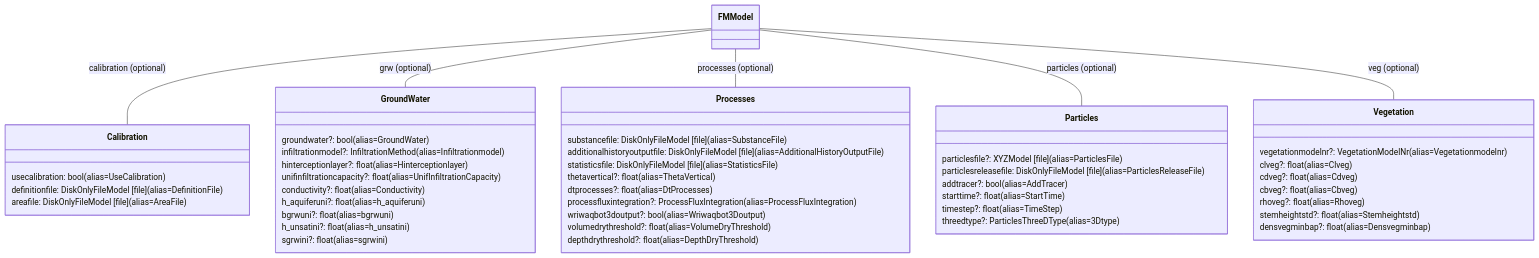
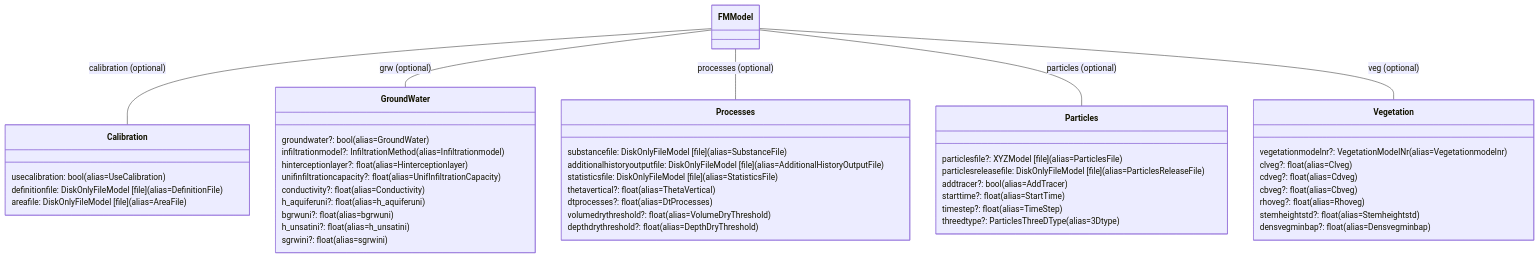
The fifth of 8 diagrams in docs/reference/dflowfm/mdu/fm-model-attributes-detailed.md (Deltares/HYDROLIB-core), drawn with Mermaid before and after one commit. The commit also changed other lines of this file and 40 other files, not shown here.

````diff
--- a/docs/reference/dflowfm/mdu/fm-model-attributes-detailed.md
+++ b/docs/reference/dflowfm/mdu/fm-model-attributes-detailed.md
@@ -346,61 +342,59 @@
 ```mermaid
 classDiagram
     direction TB
 
     class Calibration {
       usecalibration: bool (alias=UseCalibration)
       definitionfile: DiskOnlyFileModel [file] (alias=DefinitionFile)
       areafile: DiskOnlyFileModel [file] (alias=AreaFile)
     }
 
     class GroundWater {
       groundwater?: bool (alias=GroundWater)
       infiltrationmodel?: InfiltrationMethod (alias=Infiltrationmodel)
       hinterceptionlayer?: float (alias=Hinterceptionlayer)
       unifinfiltrationcapacity?: float (alias=UnifInfiltrationCapacity)
       conductivity?: float (alias=Conductivity)
       h_aquiferuni?: float (alias=h_aquiferuni)
       bgrwuni?: float (alias=bgrwuni)
       h_unsatini?: float (alias=h_unsatini)
       sgrwini?: float (alias=sgrwini)
     }
 
     class Processes {
       substancefile: DiskOnlyFileModel [file] (alias=SubstanceFile)
       additionalhistoryoutputfile: DiskOnlyFileModel [file] (alias=AdditionalHistoryOutputFile)
       statisticsfile: DiskOnlyFileModel [file] (alias=StatisticsFile)
       thetavertical?: float (alias=ThetaVertical)
       dtprocesses?: float (alias=DtProcesses)
-      processfluxintegration?: ProcessFluxIntegration (alias=ProcessFluxIntegration)
-      wriwaqbot3doutput?: bool (alias=Wriwaqbot3Doutput)
       volumedrythreshold?: float (alias=VolumeDryThreshold)
       depthdrythreshold?: float (alias=DepthDryThreshold)
     }
 
     class Particles {
       particlesfile?: XYZModel [file] (alias=ParticlesFile)
       particlesreleasefile: DiskOnlyFileModel [file] (alias=ParticlesReleaseFile)
       addtracer?: bool (alias=AddTracer)
       starttime?: float (alias=StartTime)
       timestep?: float (alias=TimeStep)
       threedtype?: ParticlesThreeDType (alias=3Dtype)
     }
 
     class Vegetation {
       vegetationmodelnr?: VegetationModelNr (alias=Vegetationmodelnr)
       clveg?: float (alias=Clveg)
       cdveg?: float (alias=Cdveg)
       cbveg?: float (alias=Cbveg)
       rhoveg?: float (alias=Rhoveg)
       stemheightstd?: float (alias=Stemheightstd)
       densvegminbap?: float (alias=Densvegminbap)
     }
 
     %% Connect to FMModel like in the consolidated overview
     class FMModel
     FMModel -- Calibration : calibration (optional)
     FMModel -- GroundWater : grw (optional)
     FMModel -- Processes : processes (optional)
     FMModel -- Particles : particles (optional)
     FMModel -- Vegetation : veg (optional)
 ```
````
